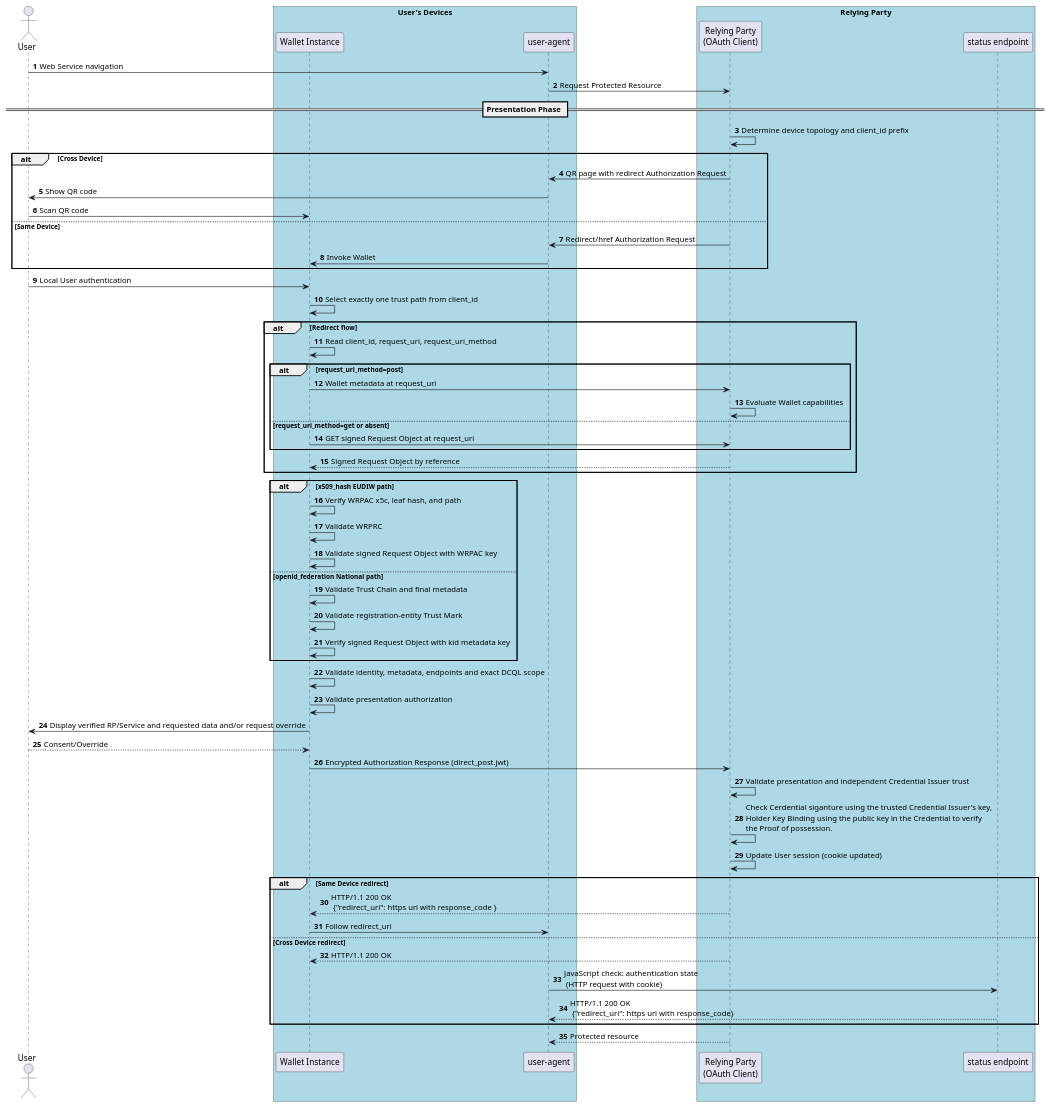
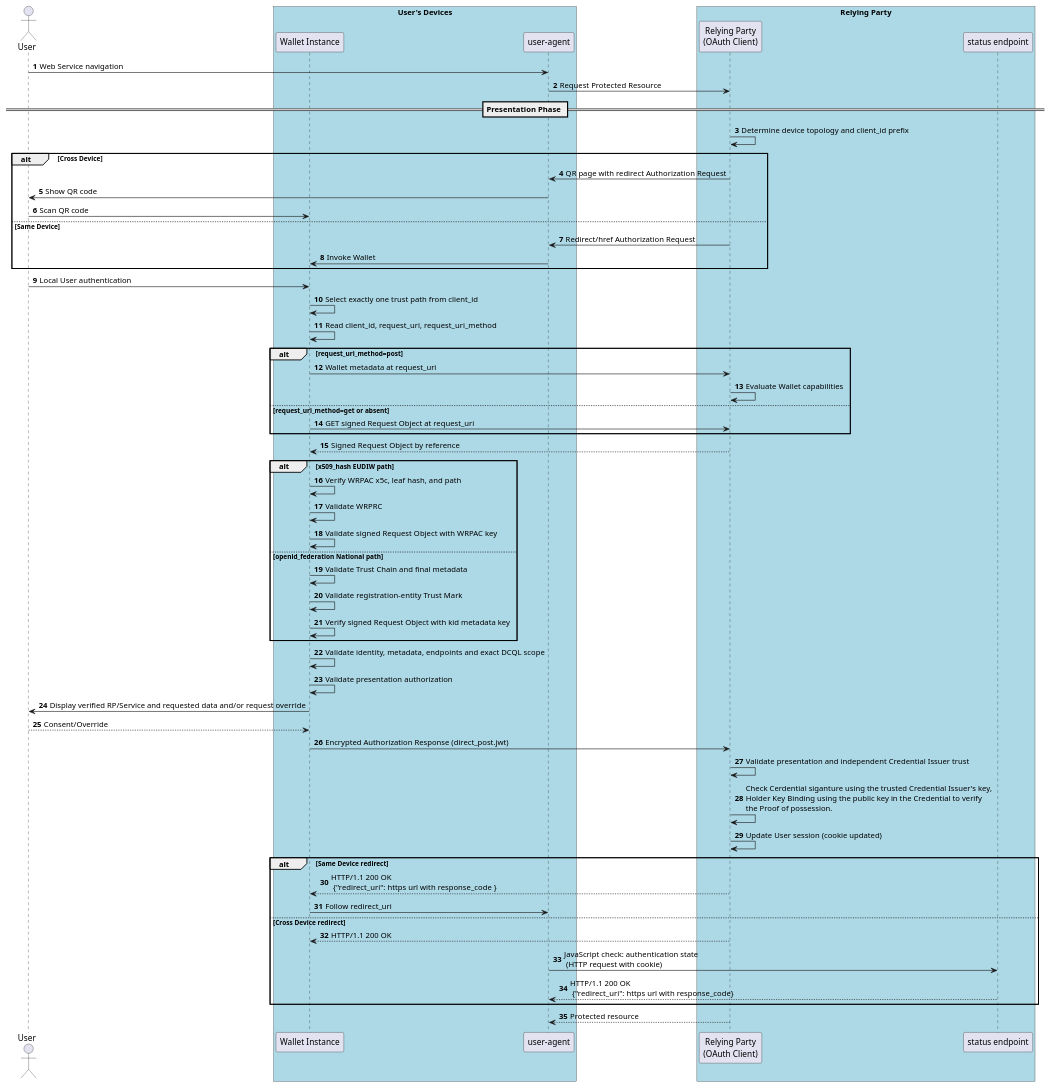
One commit to italia/eid-wallet-it-docs changed the diagram in docs/en/plantuml/credential-presentation-remote-flow.puml. Above: the diagram before and after it, drawn with PlantUML.

Commit message:
eudiw (pluml): presentation remote flow diag alt block not required

```diff
--- a/docs/en/plantuml/credential-presentation-remote-flow.puml
+++ b/docs/en/plantuml/credential-presentation-remote-flow.puml
@@ -1,67 +1,65 @@
 @startuml
 autonumber
 Actor "User" as u
 box "User's Devices" #LightBlue
 participant "Wallet Instance" as w
 participant "user-agent" as ua
 end box
 box "Relying Party" #LightBlue
 participant "Relying Party\n(OAuth Client)" as ve
 participant "status endpoint" as se
 end box
 
 u -> ua: Web Service navigation
 ua -> ve: Request Protected Resource
 == Presentation Phase ==
 ve -> ve: Determine device topology and client_id prefix
 alt Cross Device
   ve -> ua: QR page with redirect Authorization Request
   ua -> u: Show QR code
   u -> w: Scan QR code
 else Same Device
   ve -> ua: Redirect/href Authorization Request
   ua -> w: Invoke Wallet
 end
 
 u -> w: Local User authentication
 w -> w: Select exactly one trust path from client_id
-alt Redirect flow
-  w -> w: Read client_id, request_uri, request_uri_method
-  alt request_uri_method=post
-    w -> ve: Wallet metadata at request_uri
-    ve -> ve: Evaluate Wallet capabilities
-  else request_uri_method=get or absent
-    w -> ve: GET signed Request Object at request_uri
-  end
-  ve --> w: Signed Request Object by reference
+w -> w: Read client_id, request_uri, request_uri_method
+alt request_uri_method=post
+  w -> ve: Wallet metadata at request_uri
+  ve -> ve: Evaluate Wallet capabilities
+else request_uri_method=get or absent
+  w -> ve: GET signed Request Object at request_uri
 end
+ve --> w: Signed Request Object by reference
 
 alt x509_hash EUDIW path
   w -> w: Verify WRPAC x5c, leaf hash, and path
   w -> w: Validate WRPRC
   w -> w: Validate signed Request Object with WRPAC key
 else openid_federation National path
   w -> w: Validate Trust Chain and final metadata
   w -> w: Validate registration-entity Trust Mark
   w -> w: Verify signed Request Object with kid metadata key
 end
 w -> w: Validate identity, metadata, endpoints and exact DCQL scope
 w -> w: Validate presentation authorization
 w -> u: Display verified RP/Service and requested data and/or request override
 u --> w: Consent/Override
 
 w -> ve: Encrypted Authorization Response (direct_post.jwt)
 ve -> ve: Validate presentation and independent Credential Issuer trust
 ve -> ve: Check Cerdential siganture using the trusted Credential Issuer's key, \nHolder Key Binding using the public key in the Credential to verify \nthe Proof of possession.
 ve -> ve: Update User session (cookie updated)
 
 alt Same Device redirect
   ve --> w: HTTP/1.1 200 OK\n {"redirect_uri": https url with response_code }
   w -> ua: Follow redirect_uri
 else Cross Device redirect
   ve --> w: HTTP/1.1 200 OK
   ua -> se: JavaScript check: authentication state \n (HTTP request with cookie)
   se --> ua: HTTP/1.1 200 OK\n {"redirect_uri": https url with response_code}
 end
 ve --> ua: Protected resource
 @enduml
```
